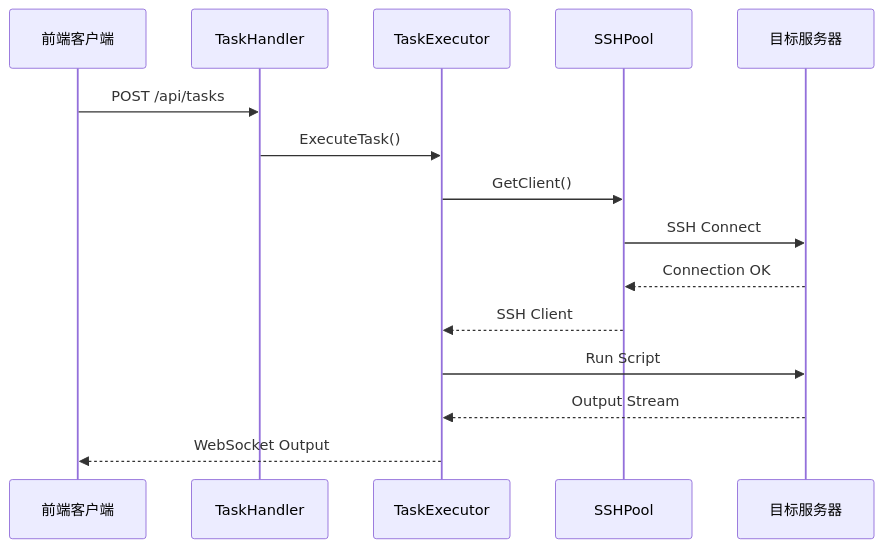
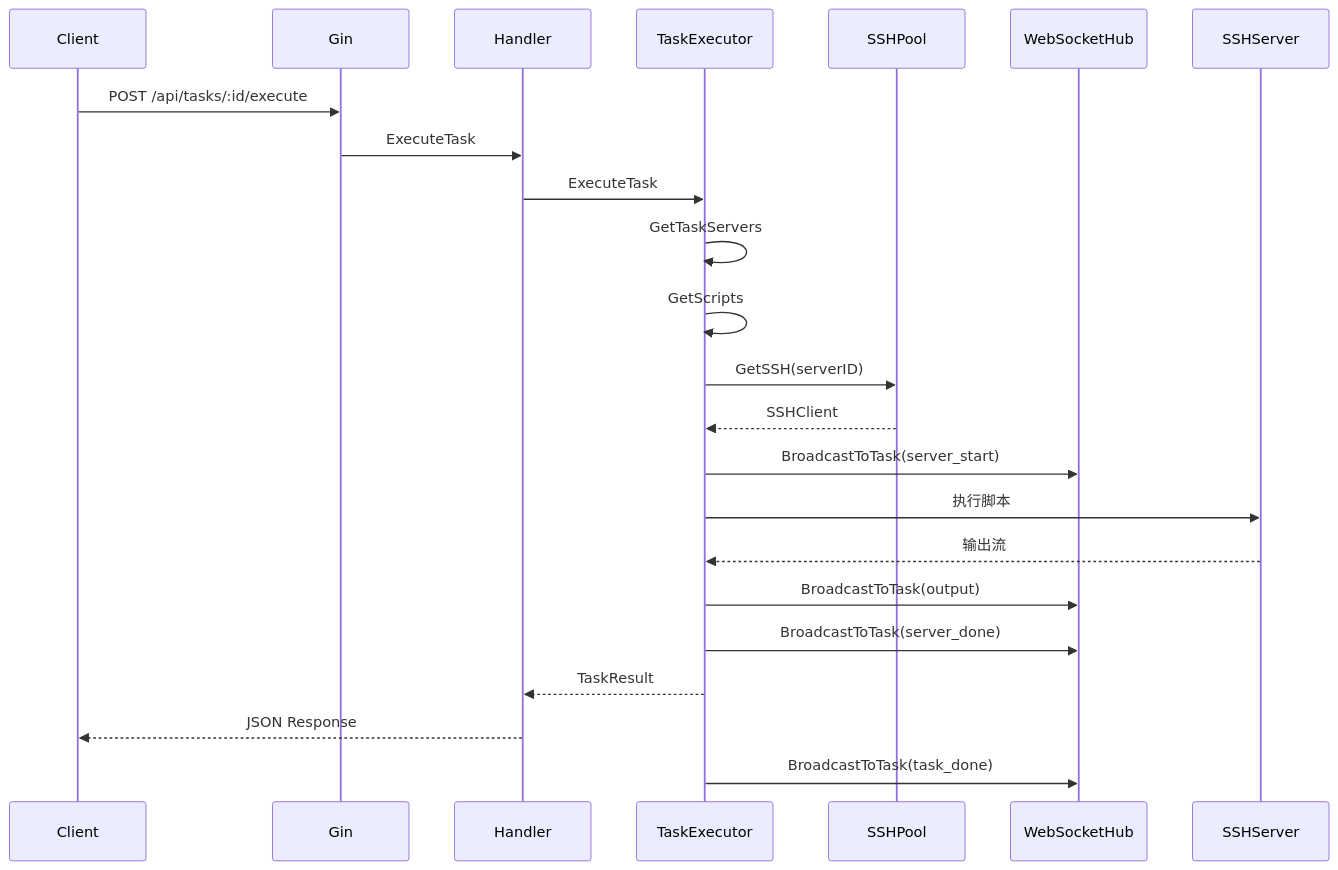
One commit to gcggcg/node-pilot changed the third of 8 diagrams in docs/modules/node-pilot.md. Above: the diagram before and after it, drawn with Mermaid. The commit also changed other lines of this file and 534 other files, not shown here.

````diff
--- a/docs/modules/node-pilot.md
+++ b/docs/modules/node-pilot.md
@@ -242,18 +179,26 @@
 ```mermaid
 sequenceDiagram
-    participant Client as 前端客户端
-    participant Handler as TaskHandler
-    participant Executor as TaskExecutor
-    participant SSHPool as SSHPool
-    participant Target as 目标服务器
+    participant Client
+    participant Gin
+    participant Handler
+    participant TaskExecutor
+    participant SSHPool
+    participant WebSocketHub
+    participant SSHServer
     
-    Client->>Handler: POST /api/tasks
-    Handler->>Executor: ExecuteTask()
-    Executor->>SSHPool: GetClient()
-    SSHPool->>Target: SSH Connect
-    Target-->>SSHPool: Connection OK
-    SSHPool-->>Executor: SSH Client
-    Executor->>Target: Run Script
-    Target-->>Executor: Output Stream
-    Executor-->>Client: WebSocket Output
+    Client->>Gin: POST /api/tasks/:id/execute
+    Gin->>Handler: ExecuteTask
+    Handler->>TaskExecutor: ExecuteTask
+    TaskExecutor->>TaskExecutor: GetTaskServers
+    TaskExecutor->>TaskExecutor: GetScripts
+    TaskExecutor->>SSHPool: GetSSH(serverID)
+    SSHPool-->>TaskExecutor: SSHClient
+    TaskExecutor->>WebSocketHub: BroadcastToTask(server_start)
+    TaskExecutor->>SSHServer: 执行脚本
+    SSHServer-->>TaskExecutor: 输出流
+    TaskExecutor->>WebSocketHub: BroadcastToTask(output)
+    TaskExecutor->>WebSocketHub: BroadcastToTask(server_done)
+    TaskExecutor-->>Handler: TaskResult
+    Handler-->>Client: JSON Response
+    TaskExecutor->>WebSocketHub: BroadcastToTask(task_done)
 ```
````
